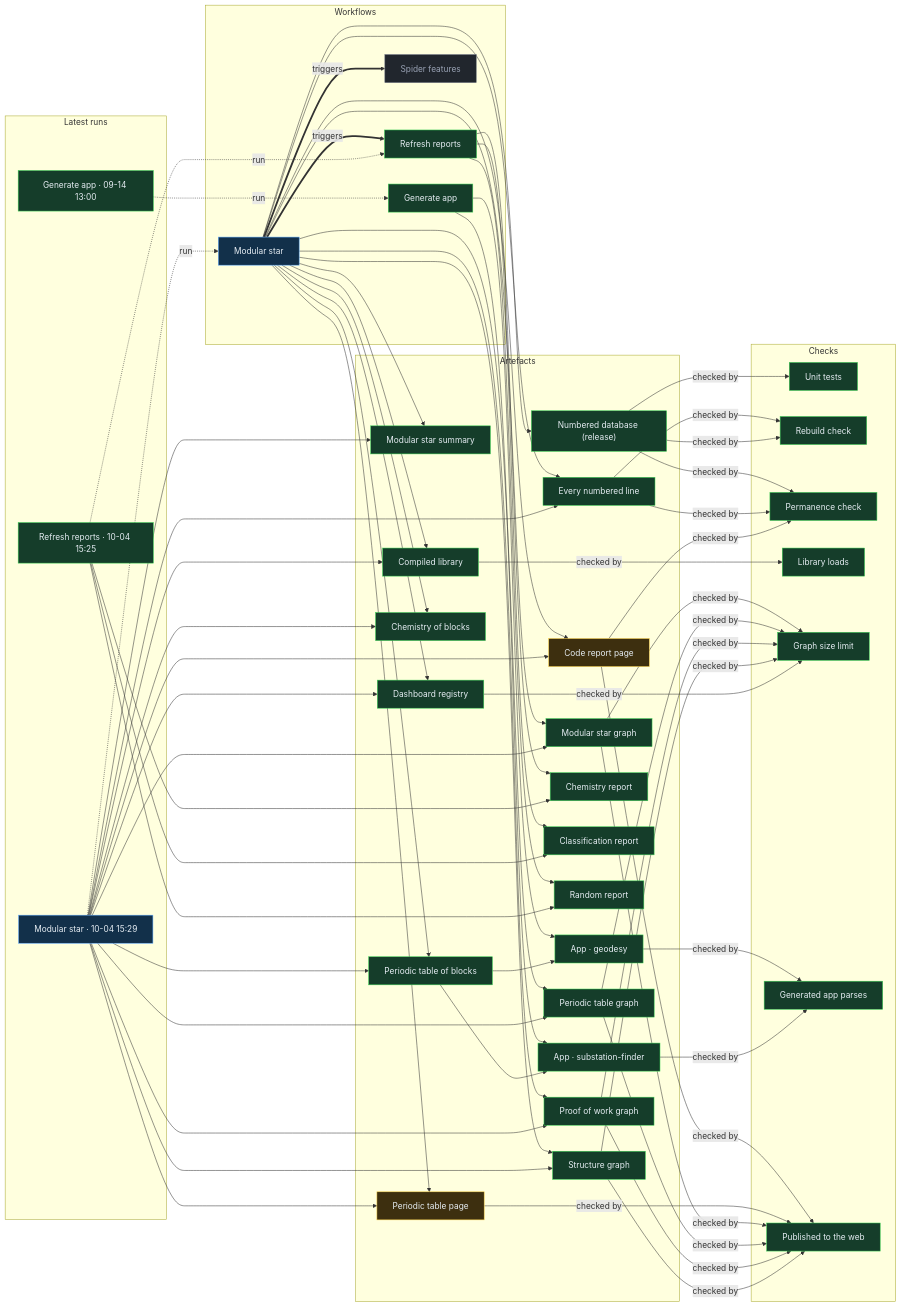
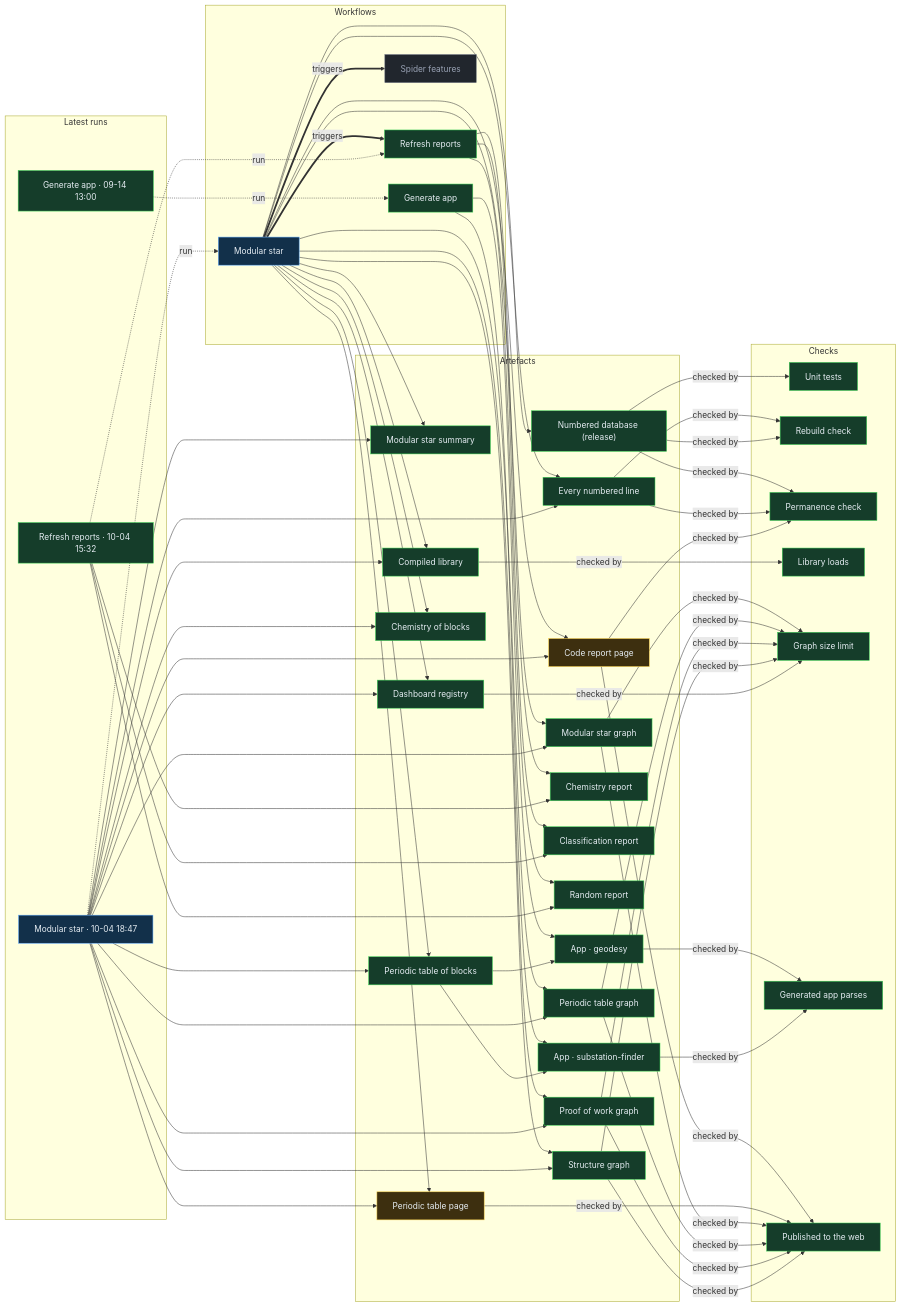
One commit to Ventusltd/stars changed the diagram in proof/PROOF.md. Above: the diagram before and after it, drawn with Mermaid. The commit also changed other lines of this file and 135 other files, not shown here.

Commit message:
Modular star 2026-10-04T18:50Z

```diff
--- a/proof/PROOF.md
+++ b/proof/PROOF.md
@@ -24,8 +24,8 @@
   n_wf_spider_features["Spider features"]:::off
   end
   subgraph g_runs["Latest runs"]
-  n_run_37213179575["Modular star · 10-04 15:29"]:::live
-  n_run_37212963711["Refresh reports · 10-04 15:25"]:::ok
+  n_run_37225769014["Modular star · 10-04 18:47"]:::live
+  n_run_37213402410["Refresh reports · 10-04 15:32"]:::ok
   n_run_34846587798["Generate app · 09-14 13:00"]:::ok
   end
   subgraph g_artefacts["Artefacts"]
@@ -59,39 +59,39 @@
   end
   n_wf_modular_star == triggers ==> n_wf_refresh
   n_wf_modular_star == triggers ==> n_wf_spider_features
-  n_run_37213179575 -. run .-> n_wf_modular_star
-  n_run_37212963711 -. run .-> n_wf_refresh
+  n_run_37225769014 -. run .-> n_wf_modular_star
+  n_run_37213402410 -. run .-> n_wf_refresh
   n_run_34846587798 -. run .-> n_wf_generate
   n_wf_modular_star --> n_art_summary
-  n_run_37213179575 --> n_art_summary
+  n_run_37225769014 --> n_art_summary
   n_wf_modular_star --> n_art_lines
-  n_run_37213179575 --> n_art_lines
+  n_run_37225769014 --> n_art_lines
   n_wf_modular_star --> n_art_code
-  n_run_37213179575 --> n_art_code
+  n_run_37225769014 --> n_art_code
   n_wf_modular_star --> n_art_modular_graph
-  n_run_37213179575 --> n_art_modular_graph
+  n_run_37225769014 --> n_art_modular_graph
   n_wf_modular_star --> n_art_blocks
-  n_run_37213179575 --> n_art_blocks
+  n_run_37225769014 --> n_art_blocks
   n_wf_modular_star --> n_art_table
-  n_run_37213179575 --> n_art_table
+  n_run_37225769014 --> n_art_table
   n_wf_modular_star --> n_art_blocks_graph
-  n_run_37213179575 --> n_art_blocks_graph
+  n_run_37225769014 --> n_art_blocks_graph
   n_wf_modular_star --> n_art_reactions
-  n_run_37213179575 --> n_art_reactions
+  n_run_37225769014 --> n_art_reactions
   n_wf_modular_star --> n_art_library
-  n_run_37213179575 --> n_art_library
+  n_run_37225769014 --> n_art_library
   n_wf_modular_star --> n_art_features
-  n_run_37213179575 --> n_art_features
+  n_run_37225769014 --> n_art_features
   n_wf_modular_star --> n_art_proof
-  n_run_37213179575 --> n_art_proof
+  n_run_37225769014 --> n_art_proof
   n_wf_modular_star --> n_art_structure
-  n_run_37213179575 --> n_art_structure
+  n_run_37225769014 --> n_art_structure
   n_wf_refresh --> n_art_chemistry
-  n_run_37212963711 --> n_art_chemistry
+  n_run_37213402410 --> n_art_chemistry
   n_wf_refresh --> n_art_vedic
-  n_run_37212963711 --> n_art_vedic
+  n_run_37213402410 --> n_art_vedic
   n_wf_refresh --> n_art_random
-  n_run_37212963711 --> n_art_random
+  n_run_37213402410 --> n_art_random
   n_wf_modular_star --> n_art_release
   n_wf_generate --> n_app_geodesy
   n_art_blocks --> n_app_geodesy
```
